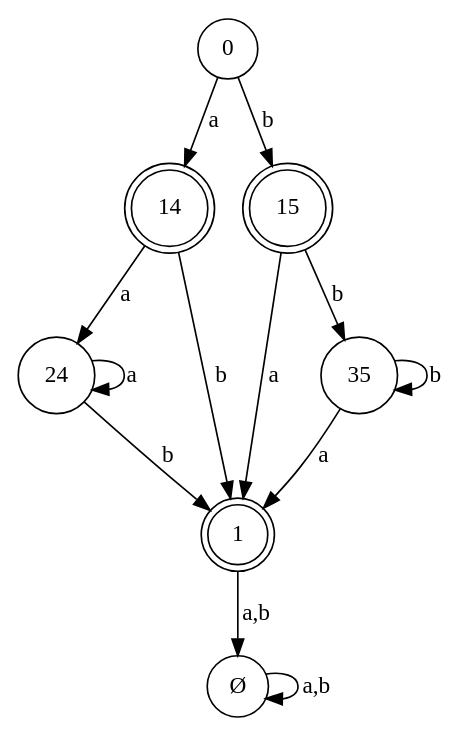
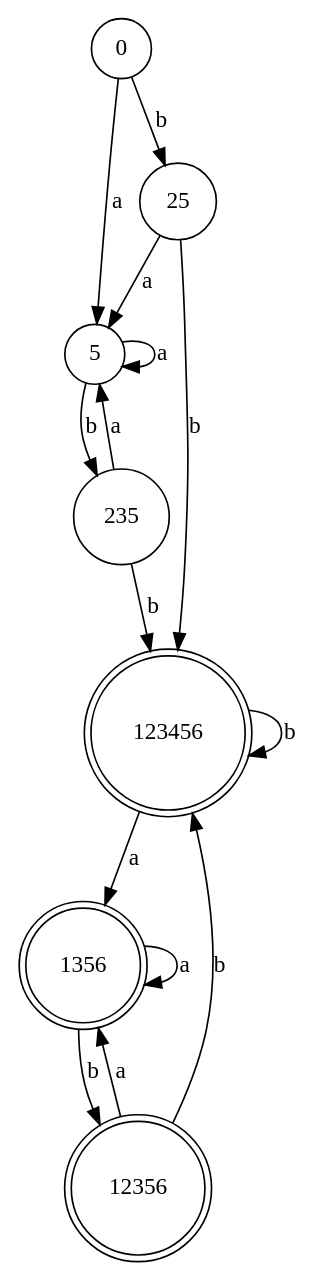
One commit to igorbragaia/CTC-34 changed the diagram in projeto_1/test-output/graph.gv. Above: the diagram before and after it, drawn with Graphviz. The commit also changed 3 other files, not shown here.

```diff
--- a/projeto_1/test-output/graph.gv
+++ b/projeto_1/test-output/graph.gv
@@ -1,21 +1,23 @@
 digraph {
 	0 [shape=circle]
-	14 [shape=doublecircle]
-	15 [shape=doublecircle]
-	24 [shape=circle]
-	1 [shape=doublecircle]
-	35 [shape=circle]
-	"Ø" [shape=circle]
-	0 -> 14 [label=a]
-	0 -> 15 [label=b]
-	14 -> 24 [label=a]
-	14 -> 1 [label=b]
-	15 -> 1 [label=a]
-	15 -> 35 [label=b]
-	24 -> 24 [label=a]
-	24 -> 1 [label=b]
-	35 -> 1 [label=a]
-	35 -> 35 [label=b]
-	"Ø" -> "Ø" [label="a,b"]
-	1 -> "Ø" [label="a,b"]
+	5 [shape=circle]
+	25 [shape=circle]
+	235 [shape=circle]
+	123456 [shape=doublecircle]
+	1356 [shape=doublecircle]
+	12356 [shape=doublecircle]
+	0 -> 5 [label=a]
+	0 -> 25 [label=b]
+	5 -> 235 [label=b]
+	25 -> 123456 [label=b]
+	235 -> 123456 [label=b]
+	123456 -> 1356 [label=a]
+	123456 -> 123456 [label=b]
+	1356 -> 1356 [label=a]
+	1356 -> 12356 [label=b]
+	12356 -> 1356 [label=a]
+	12356 -> 123456 [label=b]
+	5 -> 5 [label=a]
+	25 -> 5 [label=a]
+	235 -> 5 [label=a]
 }
```
